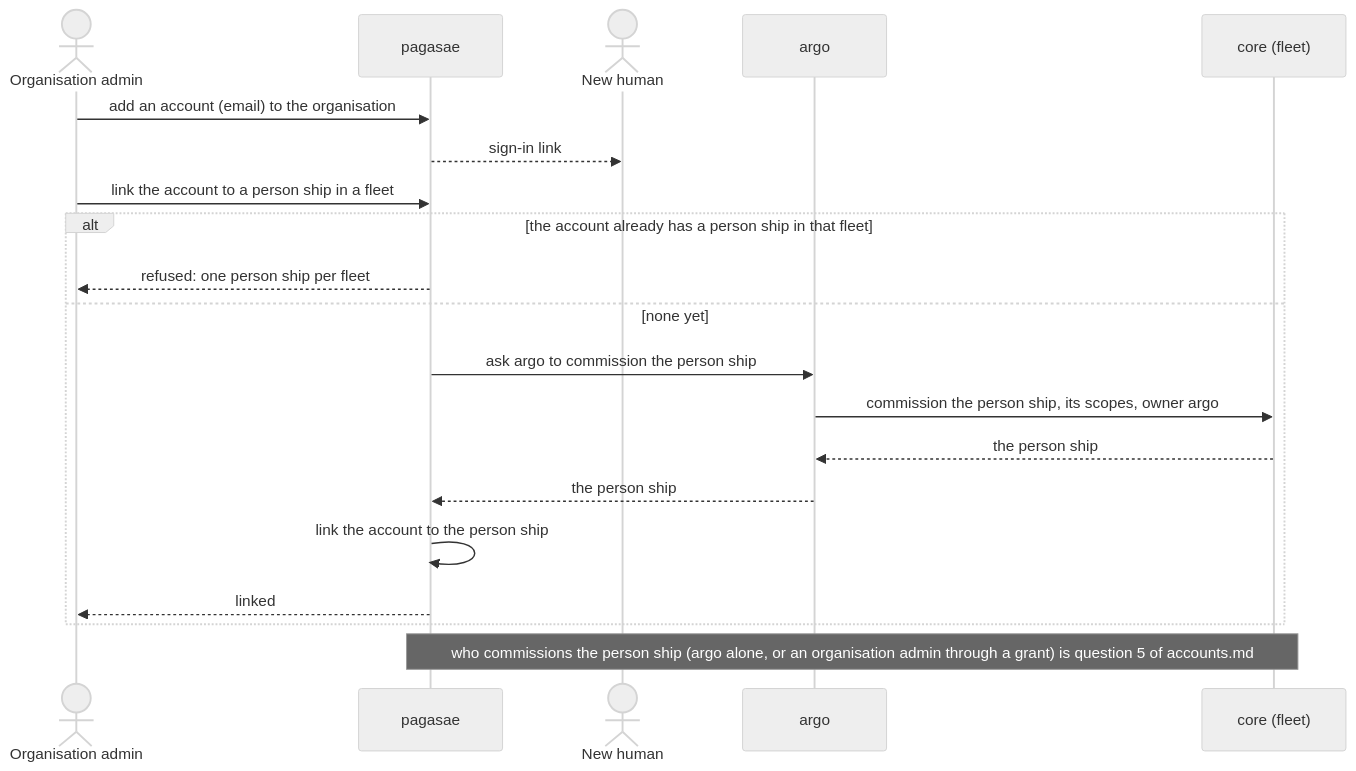
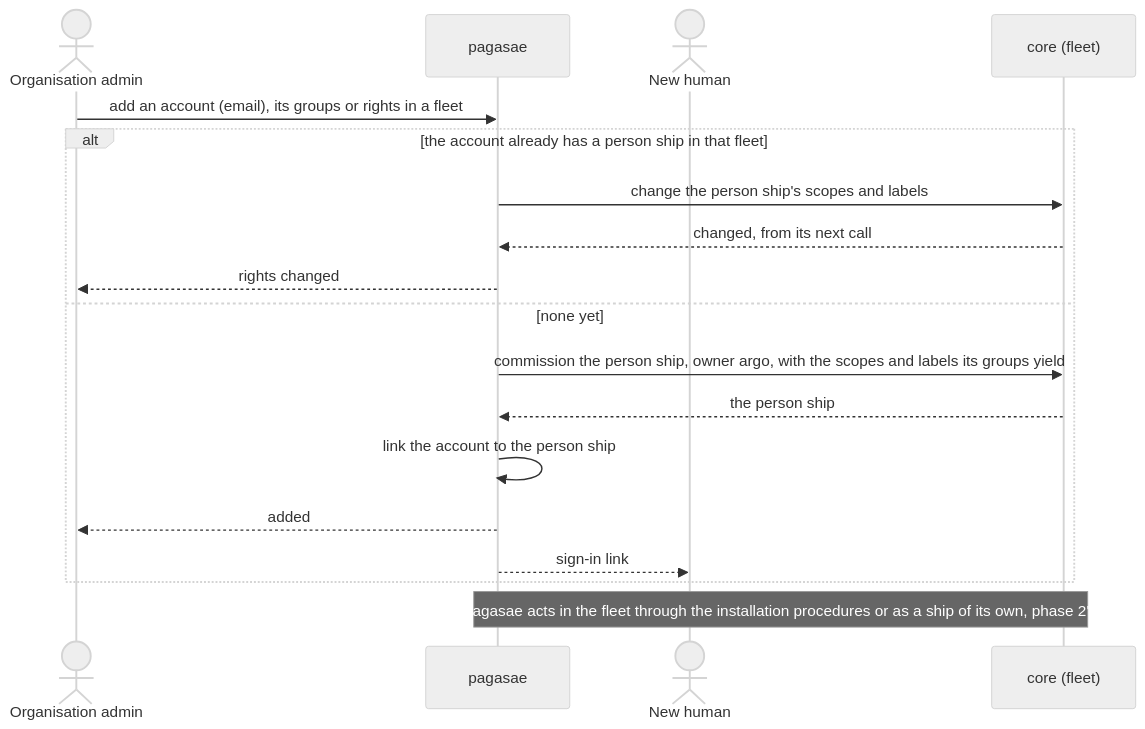
Before and after one commit to ThomasHendrickx/aeolus-fleet: the ninth of 11 diagrams in docs/design/accounts/domain-model.md, drawn with Mermaid (neutral theme). The commit also changed other lines of this file and 1 other file, not shown here.

First line of the commit message:
docs(design): Thomas's answers recorded; groups, the argo rule, open questions rewritten with use cases

````diff
--- a/docs/design/accounts/domain-model.md
+++ b/docs/design/accounts/domain-model.md
@@ -637,22 +643,20 @@
 ```mermaid
 sequenceDiagram
   actor OA as Organisation admin
   participant P as pagasae
   actor H as New human
-  participant A as argo
   participant C as core (fleet)
-  OA->>P: add an account (email) to the organisation
-  P-->>H: sign-in link
-  OA->>P: link the account to a person ship in a fleet
+  OA->>P: add an account (email), its groups or rights in a fleet
   alt the account already has a person ship in that fleet
-    P-->>OA: refused: one person ship per fleet
+    P->>C: change the person ship's scopes and labels
+    C-->>P: changed, from its next call
+    P-->>OA: rights changed
   else none yet
-    P->>A: ask argo to commission the person ship
-    A->>C: commission the person ship, its scopes, owner argo
-    C-->>A: the person ship
-    A-->>P: the person ship
+    P->>C: commission the person ship, owner argo, with the scopes and labels its groups yield
+    C-->>P: the person ship
     P->>P: link the account to the person ship
-    P-->>OA: linked
+    P-->>OA: added
+    P-->>H: sign-in link
   end
-  Note over P,C: who commissions the person ship (argo alone, or an organisation admin through a grant) is question 5 of accounts.md
+  Note over P,C: pagasae acts in the fleet through the installation procedures or as a ship of its own, phase 2's
 ```
````
